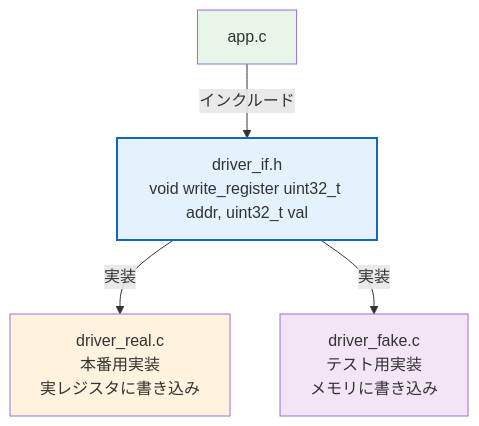
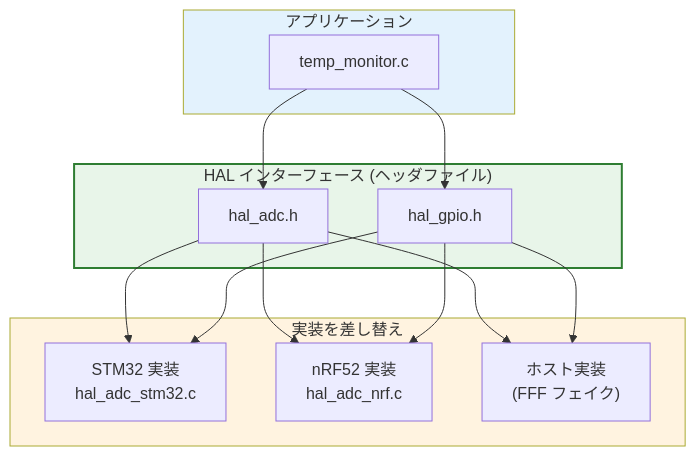
The fifth of 8 diagrams in docs/md/05_solid_dip.md (OhnariJinta/TeachingEmbC), drawn with Mermaid before and after one commit. The commit also changed other lines of this file and 27 other files, not shown here.

First line of the commit message:
Replace APP/DRV with general embedded C best practices: temperature monitor with pure functions, HAL, before/after examples, 16 passing tests

````diff
--- a/docs/md/05_solid_dip.md
+++ b/docs/md/05_solid_dip.md
@@ -221,15 +183,28 @@
 ```mermaid
 graph TD
-    H[driver_if.h<br>void write_register uint32_t addr, uint32_t val] 
-    REAL[driver_real.c<br>本番用実装<br>実レジスタに書き込み]
-    FAKE[driver_fake.c<br>テスト用実装<br>メモリに書き込み]
+    subgraph App["アプリケーション"]
+        MON["temp_monitor.c"]
+    end
+    subgraph HAL_IF["HAL インターフェース (ヘッダファイル)"]
+        ADC_H2["hal_adc.h"]
+        GPIO_H2["hal_gpio.h"]
+    end
+    subgraph Impl["実装を差し替え"]
+        STM32["STM32 実装\nhal_adc_stm32.c"]
+        NRF["nRF52 実装\nhal_adc_nrf.c"]
+        HOST_IMPL["ホスト実装\n(FFF フェイク)"]
+    end
     
-    H -->|実装| REAL
-    H -->|実装| FAKE
-    APP[app.c] -->|インクルード| H
+    MON --> ADC_H2
+    MON --> GPIO_H2
+    ADC_H2 --> STM32
+    ADC_H2 --> NRF
+    ADC_H2 --> HOST_IMPL
+    GPIO_H2 --> STM32
+    GPIO_H2 --> NRF
+    GPIO_H2 --> HOST_IMPL
     
-    style H fill:#e3f2fd,stroke:#1565c0,stroke-width:2px
-    style REAL fill:#fff3e0
-    style FAKE fill:#f3e5f5
-    style APP fill:#e8f5e9
+    style App fill:#e3f2fd
+    style HAL_IF fill:#e8f5e9,stroke:#2e7d32,stroke-width:2px
+    style Impl fill:#fff3e0
 ```
````
